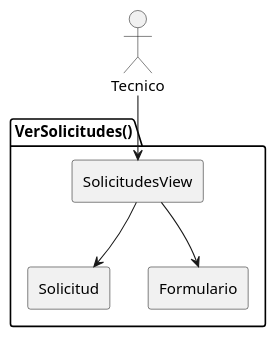
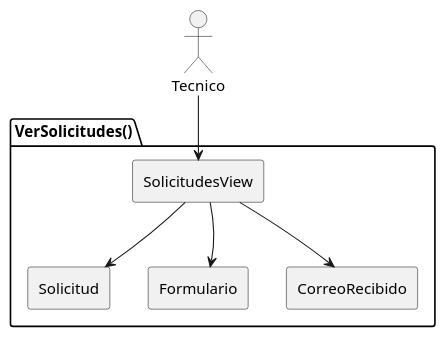
Before and after one commit to ceesargaarcia/GII-TFG-2026: the diagram in Estudiantes/jorge-otero/capitulo3/DdC/codigo/VerSolicitudes.puml, drawn with PlantUML. The commit also changed 24 other files, not shown here.

Commit message:
Diagramas de Secuencia

```diff
--- a/Estudiantes/jorge-otero/capitulo3/DdC/codigo/VerSolicitudes.puml
+++ b/Estudiantes/jorge-otero/capitulo3/DdC/codigo/VerSolicitudes.puml
@@ -1,22 +1,25 @@
 @startuml VerSolicitudes
 top to bottom direction
 
 actor Tecnico
 
 package "VerSolicitudes()" {
 
   rectangle "SolicitudesView" as View
   rectangle "Solicitud" as Solicitud
   rectangle "Formulario" as Formulario
+  rectangle "CorreoRecibido" as CorreoRecibido
 
   Solicitud -[hidden]right-> Formulario
   View -[hidden]right-> Solicitud
   View -[hidden]right-> Formulario
+  View -[hidden]right-> CorreoRecibido
   View --> Solicitud
   View --> Formulario
+  View --> CorreoRecibido
 
 }
 
 Tecnico --> View
 
 @enduml
```
